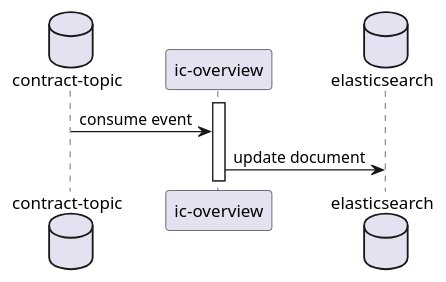
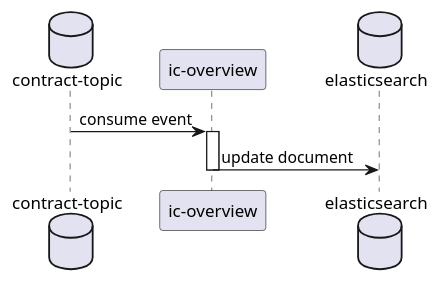
The diagram in src/site/diagrams/consume_overview_events.puml (mhaspra/ic-architecture), drawn with PlantUML before and after one commit. The commit also changed 2 other files, not shown here.

Commit message:
Add activate/deacivate to sequence diagrams

```diff
--- a/src/site/diagrams/consume_overview_events.puml
+++ b/src/site/diagrams/consume_overview_events.puml
@@ -1,11 +1,12 @@
 @startuml
 
 database "contract-topic" as ct
 participant "ic-overview" as io
 database "elasticsearch" as es
 
+ct -> io: consume event
 activate io
-ct -> io: consume event
 io -> es: update document
+deactivate io
 
 @enduml
```
